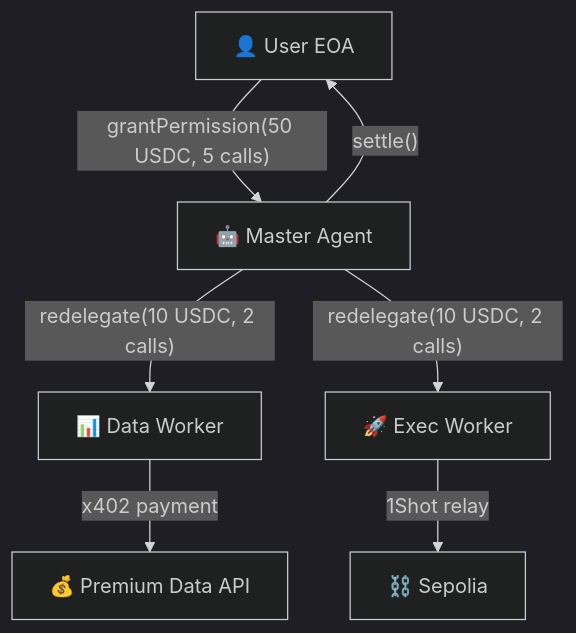
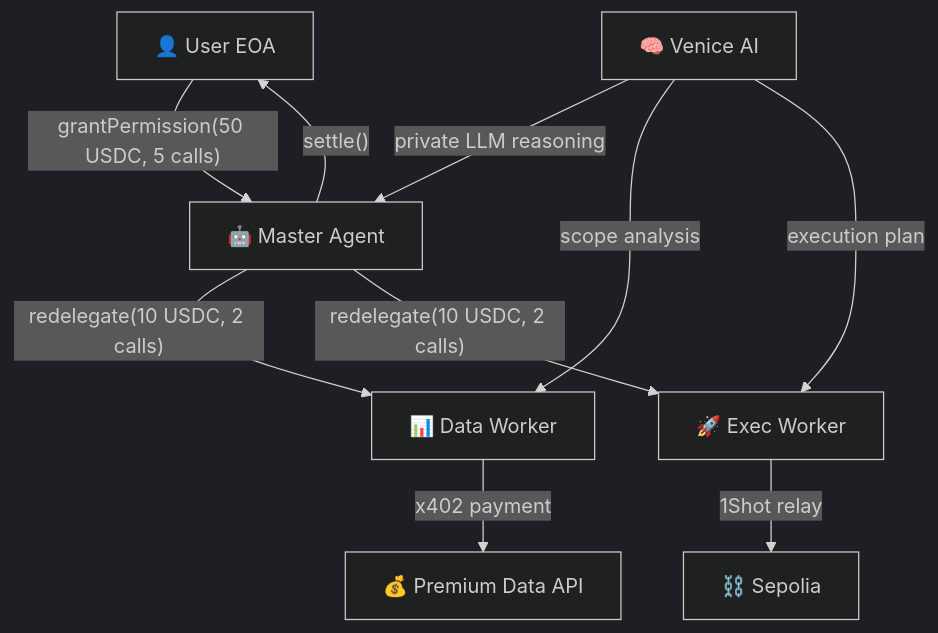
One commit to edycutjong/delegai changed the diagram in README.md. Above: the diagram before and after it, drawn with Mermaid (dark theme). The commit also changed 5 other files, not shown here.

````diff
--- a/README.md
+++ b/README.md
@@ -70,9 +70,12 @@
 ```mermaid
 graph TD
     U[👤 User EOA] -->|"grantPermission(50 USDC, 5 calls)"| M[🤖 Master Agent]
     M -->|"redelegate(10 USDC, 2 calls)"| DW[📊 Data Worker]
     M -->|"redelegate(10 USDC, 2 calls)"| EW[🚀 Exec Worker]
     DW -->|"x402 payment"| API[💰 Premium Data API]
     EW -->|"1Shot relay"| CHAIN[⛓️ Sepolia]
     M -->|"settle()"| U
+    V[🧠 Venice AI] -->|"private LLM reasoning"| M
+    V -->|"scope analysis"| DW
+    V -->|"execution plan"| EW
 ```
````
